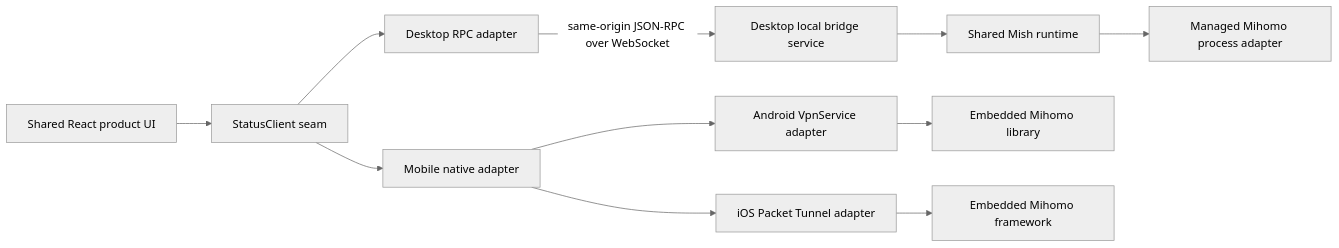
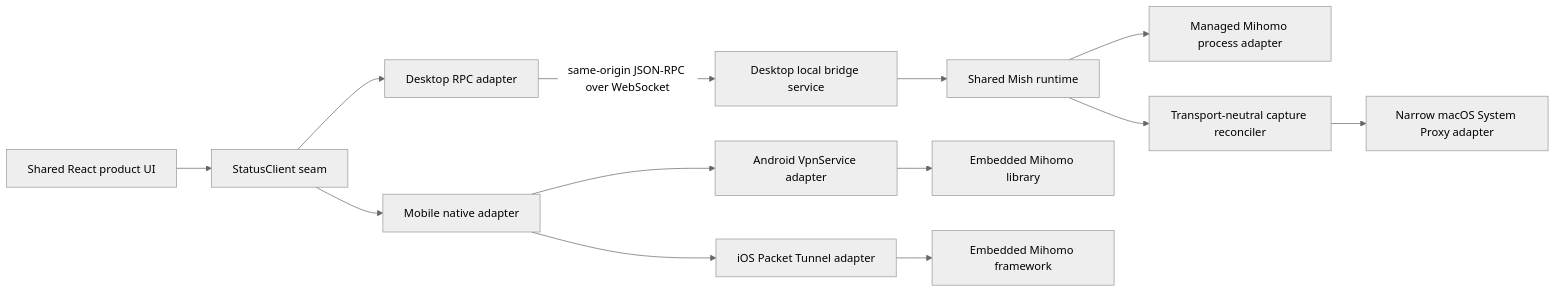
One commit to Asuka109/mish changed the diagram in docs/architecture/frontend-platform-boundary.md. Above: the diagram before and after it, drawn with Mermaid (neutral theme). The commit also changed other lines of this file and 39 other files, not shown here.

Commit message:
feat: add macOS System Proxy reconciliation

````diff
--- a/docs/architecture/frontend-platform-boundary.md
+++ b/docs/architecture/frontend-platform-boundary.md
@@ -11,13 +11,15 @@
 ```mermaid
 flowchart LR
   UI["Shared React product UI"] --> StatusClient["StatusClient seam"]
   StatusClient --> DesktopRpc["Desktop RPC adapter"]
   StatusClient --> Mobile["Mobile native adapter"]
   DesktopRpc -->|"same-origin JSON-RPC over WebSocket"| DesktopBridge["Desktop local bridge service"]
   DesktopBridge --> Runtime["Shared Mish runtime"]
   Runtime --> ManagedProcess["Managed Mihomo process adapter"]
+  Runtime --> Capture["Transport-neutral capture reconciler"]
+  Capture --> MacProxy["Narrow macOS System Proxy adapter"]
   Mobile --> Android["Android VpnService adapter"]
   Mobile --> IOS["iOS Packet Tunnel adapter"]
   Android --> AndroidCore["Embedded Mihomo library"]
   IOS --> IOSCore["Embedded Mihomo framework"]
 ```
````
